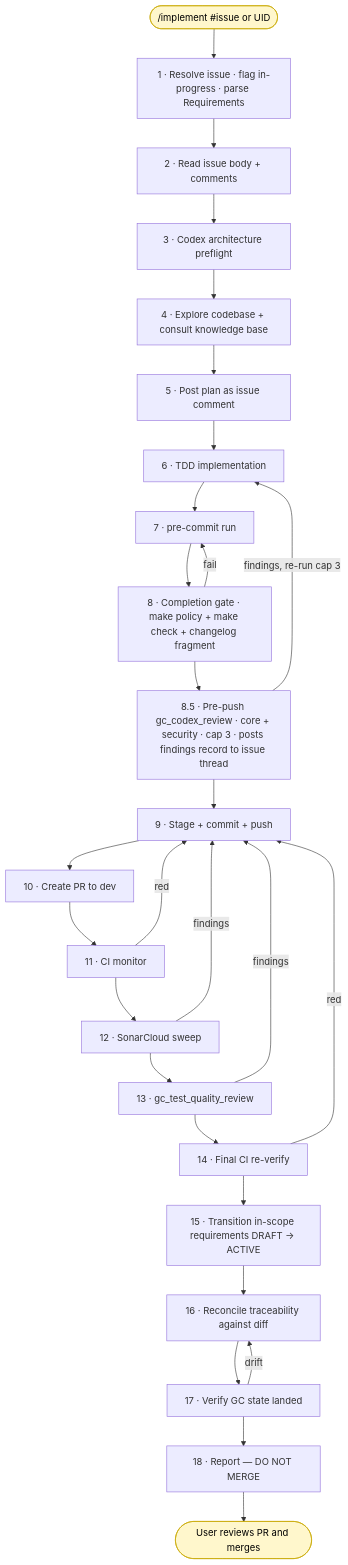
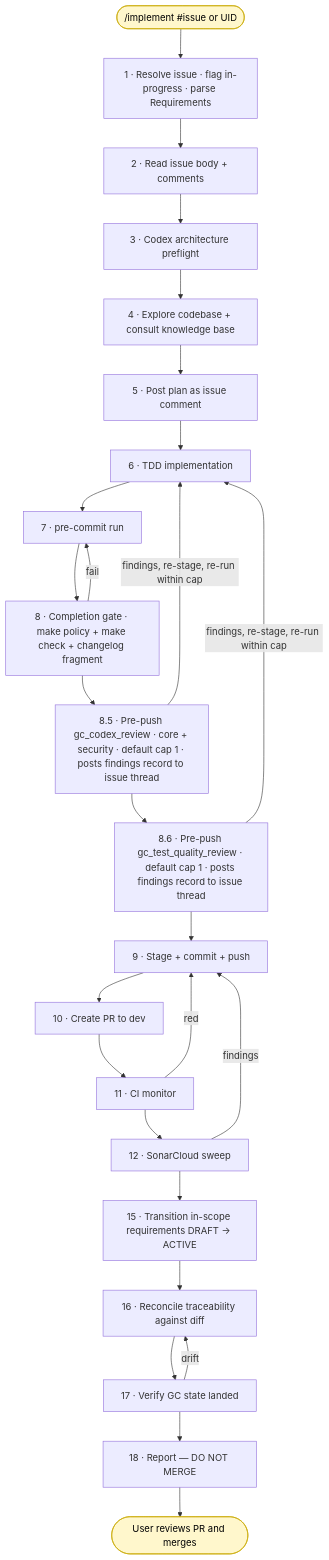
Before and after one commit to KeplerOps/Ground-Control: the diagram in docs/DEVELOPMENT_WORKFLOW.md, drawn with Mermaid. The commit also changed other lines of this file and 15 other files, not shown here.

First line of the commit message:
feat: add /quickfix lane; default pre-push review cap to 1; move test-quality pre-push

````diff
--- a/docs/DEVELOPMENT_WORKFLOW.md
+++ b/docs/DEVELOPMENT_WORKFLOW.md
@@ -137,56 +137,53 @@
 ```mermaid
 flowchart TB
   Start([/implement #issue or UID])
   S1[1 · Resolve issue · flag in-progress · parse Requirements]
   S2[2 · Read issue body + comments]
   S3[3 · Codex architecture preflight]
   S4[4 · Explore codebase + consult knowledge base]
   S5[5 · Post plan as issue comment]
   S6[6 · TDD implementation]
   S7[7 · pre-commit run]
   S8[8 · Completion gate · make policy + make check + changelog fragment]
-  S8b[8.5 · Pre-push gc_codex_review · core + security · cap 3 · posts findings record to issue thread]
+  S8b[8.5 · Pre-push gc_codex_review · core + security · default cap 1 · posts findings record to issue thread]
+  S8c[8.6 · Pre-push gc_test_quality_review · default cap 1 · posts findings record to issue thread]
   S9[9 · Stage + commit + push]
   S10[10 · Create PR to dev]
   S11[11 · CI monitor]
   S12[12 · SonarCloud sweep]
-  S13[13 · gc_test_quality_review]
-  S14[14 · Final CI re-verify]
   S15[15 · Transition in-scope requirements DRAFT → ACTIVE]
   S16[16 · Reconcile traceability against diff]
   S17[17 · Verify GC state landed]
   S18[18 · Report — DO NOT MERGE]
   End([User reviews PR and merges])
 
   Start --> S1
   S1 --> S2
   S2 --> S3
   S3 --> S4
   S4 --> S5
   S5 --> S6
   S6 --> S7
   S7 --> S8
   S8 --> S8b
-  S8b --> S9
+  S8b --> S8c
+  S8c --> S9
   S9 --> S10
   S10 --> S11
   S11 --> S12
-  S12 --> S13
-  S13 --> S14
-  S14 --> S15
+  S12 --> S15
   S15 --> S16
   S16 --> S17
   S17 --> S18
   S18 --> End
 
   S8 -->|fail| S7
-  S8b -->|findings, re-run cap 3| S6
+  S8b -->|findings, re-stage, re-run within cap| S6
+  S8c -->|findings, re-stage, re-run within cap| S6
   S11 -->|red| S9
   S12 -->|findings| S9
-  S13 -->|findings| S9
-  S14 -->|red| S9
   S17 -->|drift| S16
 
   classDef user fill:#fff7cc,stroke:#c9a900,color:#000
   class Start,End user
 ```
````
